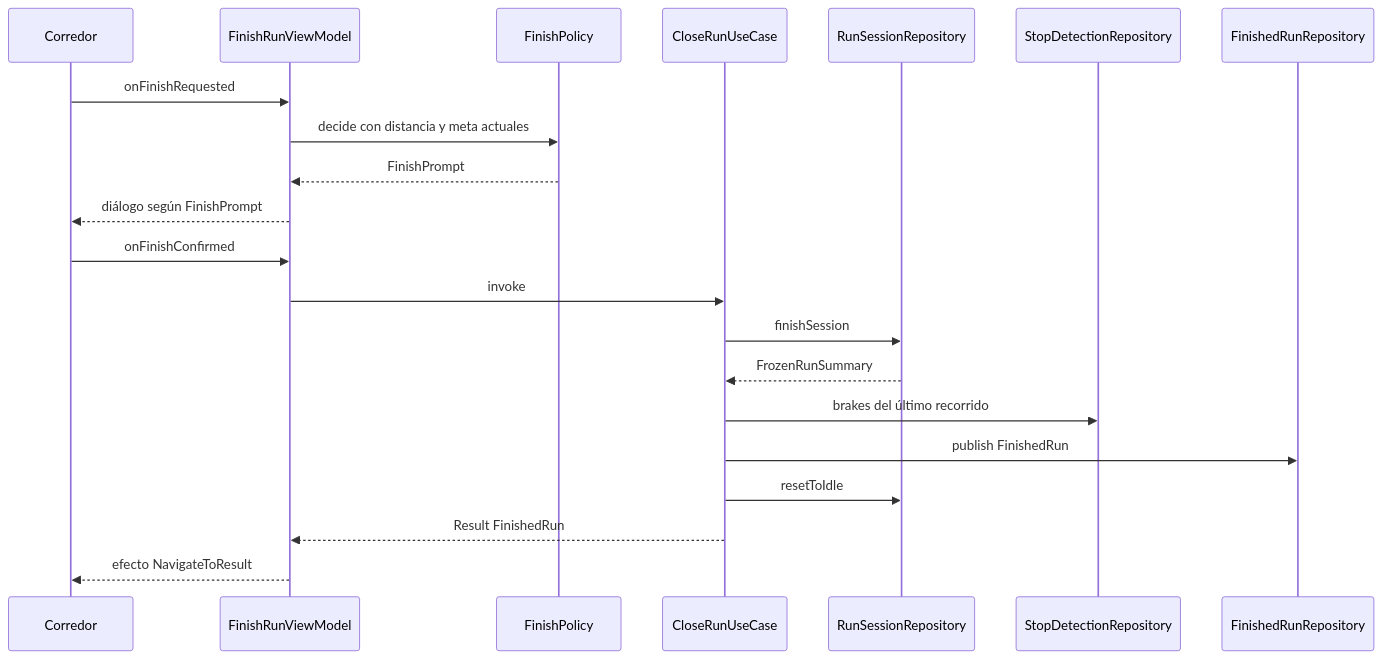
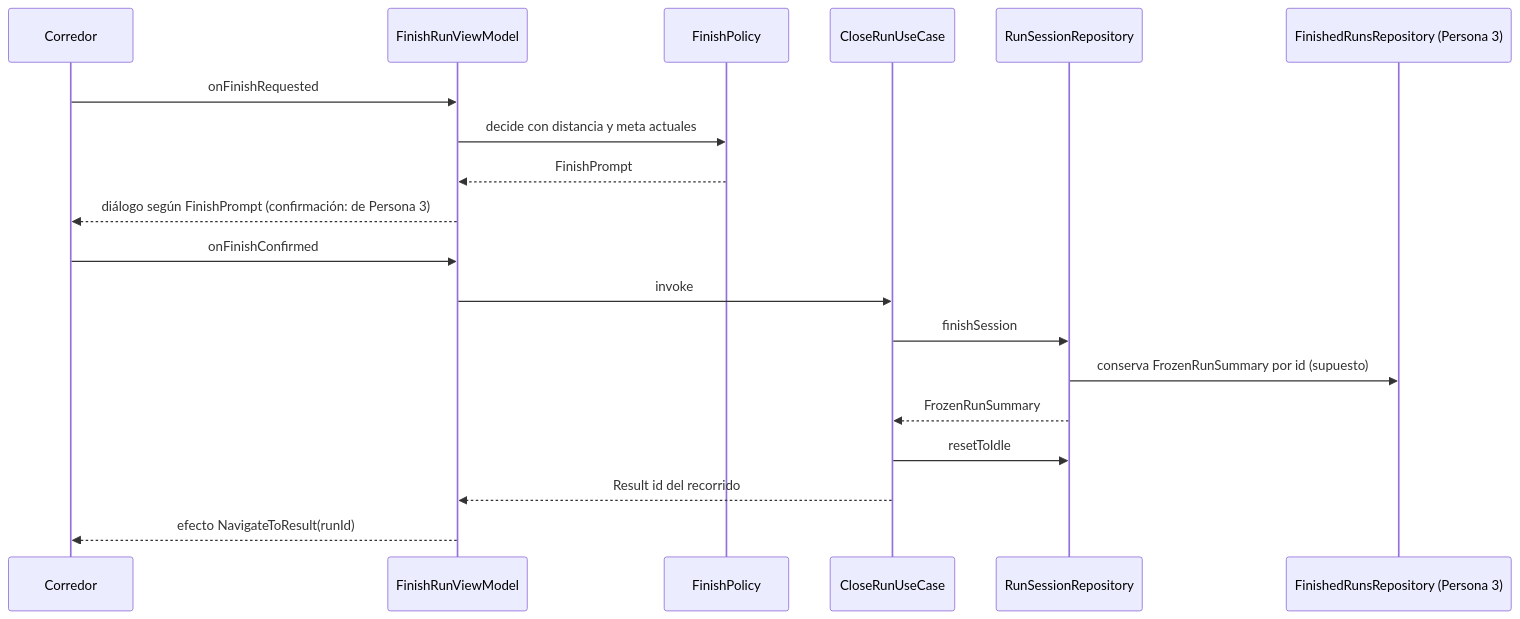
The third of 3 diagrams in .kiro/specs/finish-run-result/design.md (unlam-tec-movil/A3-2026-H2-E2), drawn with Mermaid before and after one commit. The commit also changed other lines of this file, not shown here.

Commit message:
docs: ajuste de diseño de finish-run-result según Persona 3

````diff
--- a/.kiro/specs/finish-run-result/design.md
+++ b/.kiro/specs/finish-run-result/design.md
@@ -244,23 +251,21 @@
 ```mermaid
 sequenceDiagram
     participant U as Corredor
     participant VM as FinishRunViewModel
     participant P as FinishPolicy
     participant C as CloseRunUseCase
     participant R as RunSessionRepository
-    participant S as StopDetectionRepository
-    participant F as FinishedRunRepository
+    participant F as FinishedRunsRepository (Persona 3)
     U->>VM: onFinishRequested
     VM->>P: decide con distancia y meta actuales
     P-->>VM: FinishPrompt
-    VM-->>U: diálogo según FinishPrompt
+    VM-->>U: diálogo según FinishPrompt (confirmación: de Persona 3)
     U->>VM: onFinishConfirmed
     VM->>C: invoke
     C->>R: finishSession
+    R->>F: conserva FrozenRunSummary por id (supuesto)
     R-->>C: FrozenRunSummary
-    C->>S: brakes del último recorrido
-    C->>F: publish FinishedRun
     C->>R: resetToIdle
-    C-->>VM: Result FinishedRun
-    VM-->>U: efecto NavigateToResult
+    C-->>VM: Result id del recorrido
+    VM-->>U: efecto NavigateToResult(runId)
 ```
````
